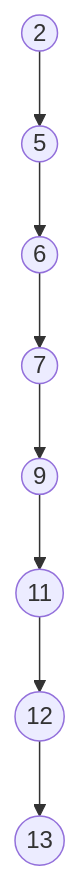
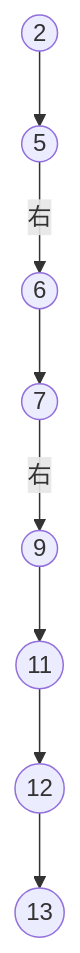
One commit to Myyura/the_kai_project changed the fifth of 5 diagrams in docs/nagoya-university/informatics/complex/2024/complex_202308_info_3.md. Above: the diagram before and after it, drawn with Mermaid. The commit also changed other lines of this file and 1198 other files, not shown here.

````diff
--- a/docs/nagoya-university/informatics/complex/2024/complex_202308_info_3.md
+++ b/docs/nagoya-university/informatics/complex/2024/complex_202308_info_3.md
@@ -185,19 +192,19 @@
 ```mermaid
 flowchart TD
     n2((2))
     n5((5))
     n6((6))
     n7((7))
     n9((9))
     n11((11))
     n12((12))
     n13((13))
 
     n2 --> n5
-    n5 --> n6
+    n5 -->|右| n6
     n6 --> n7
-    n7 --> n9
+    n7 -->|右| n9
     n9 --> n11
     n11 --> n12
     n12 --> n13
 ```
````
